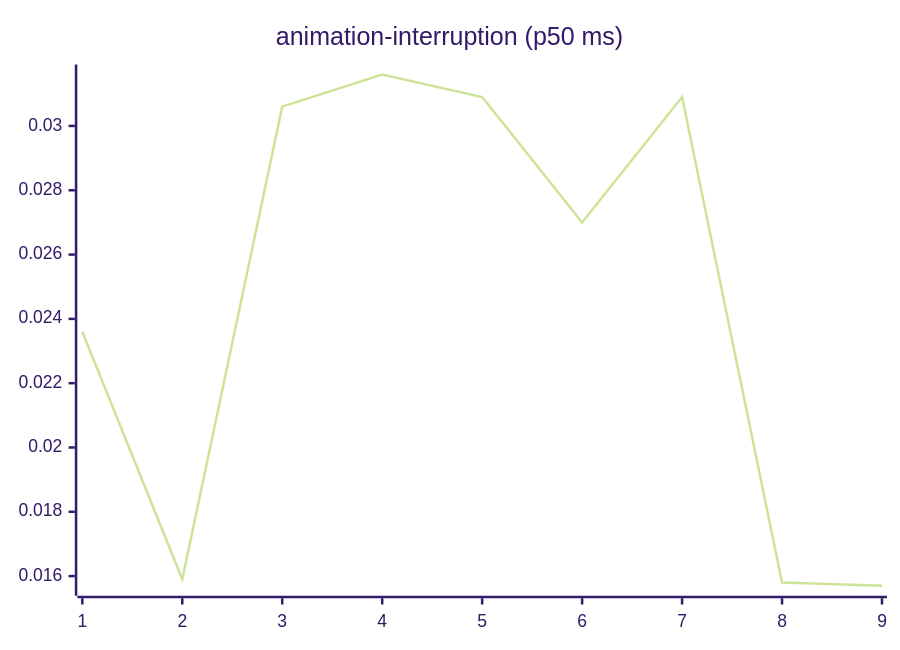
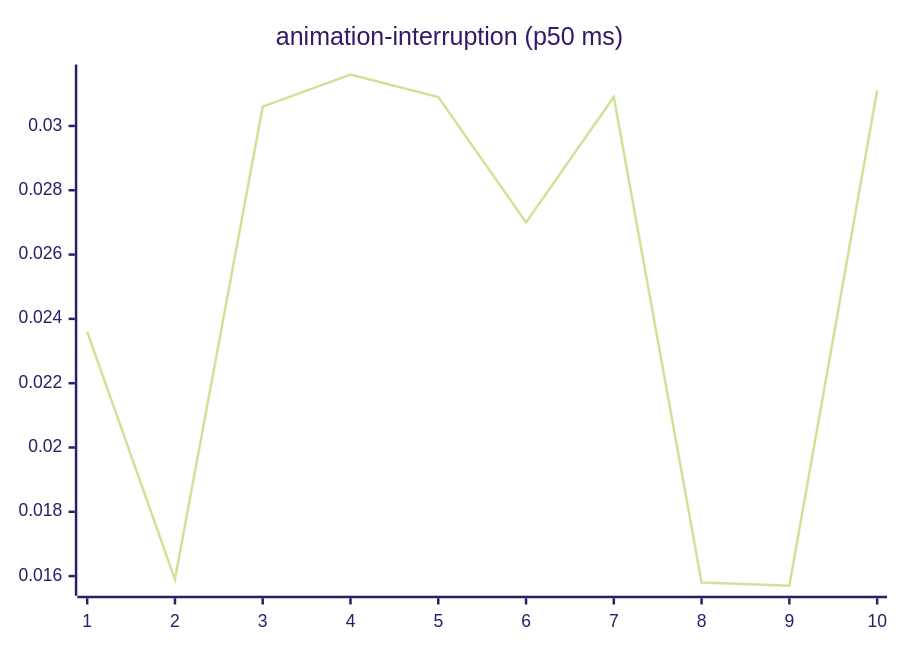
Before and after one commit to josha/Facet: the third of 27 diagrams in README.md, drawn with Mermaid (forest theme). The commit also changed other lines of this file and 2 other files, not shown here.

````diff
--- a/README.md
+++ b/README.md
@@ -77,6 +77,6 @@
 ```mermaid
 xychart-beta
     title "animation-interruption (p50 ms)"
-    x-axis 1 --> 9
-    line [0.0236, 0.0159, 0.0306, 0.0316, 0.0309, 0.0270, 0.0309, 0.0158, 0.0157]
+    x-axis 1 --> 10
+    line [0.0236, 0.0159, 0.0306, 0.0316, 0.0309, 0.0270, 0.0309, 0.0158, 0.0157, 0.0311]
 ```
````
